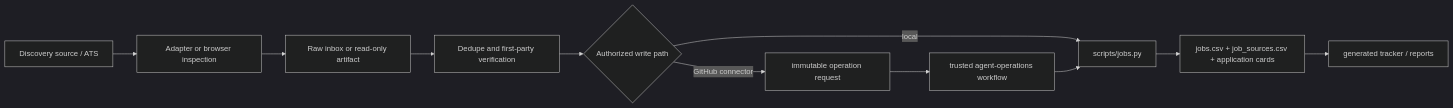
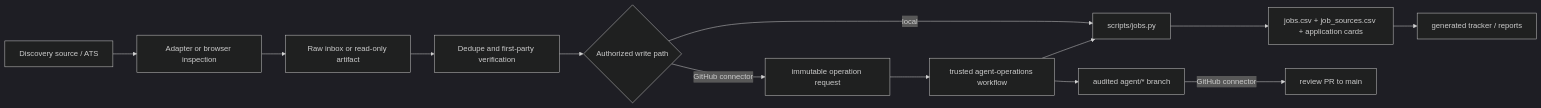
Before and after one commit to stupidkubik/job-searcher: the diagram in docs/current-architecture.md, drawn with Mermaid (dark theme). The commit also changed other lines of this file and 6 other files, not shown here.

Commit message:
ops: move review PR creation to connector

````diff
--- a/docs/current-architecture.md
+++ b/docs/current-architecture.md
@@ -25,13 +25,15 @@
 ```mermaid
 flowchart LR
     D["Discovery source / ATS"] --> A["Adapter or browser inspection"]
     A --> R["Raw inbox or read-only artifact"]
     R --> V["Dedupe and first-party verification"]
     V --> W{"Authorized write path"}
     W -->|local| J["scripts/jobs.py"]
     W -->|GitHub connector| Q["immutable operation request"]
     Q --> G["trusted agent-operations workflow"]
     G --> J
+    G --> B["audited agent/* branch"]
+    B -->|GitHub connector| P["review PR to main"]
     J --> C["jobs.csv + job_sources.csv + application cards"]
     C --> T["generated tracker / reports"]
 ```
````
